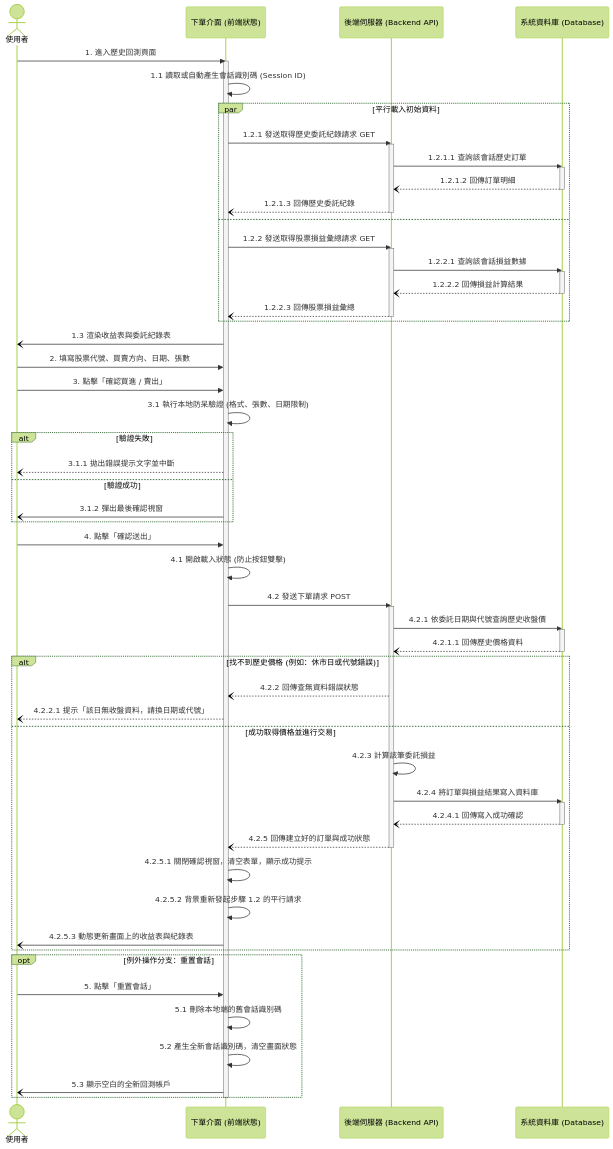
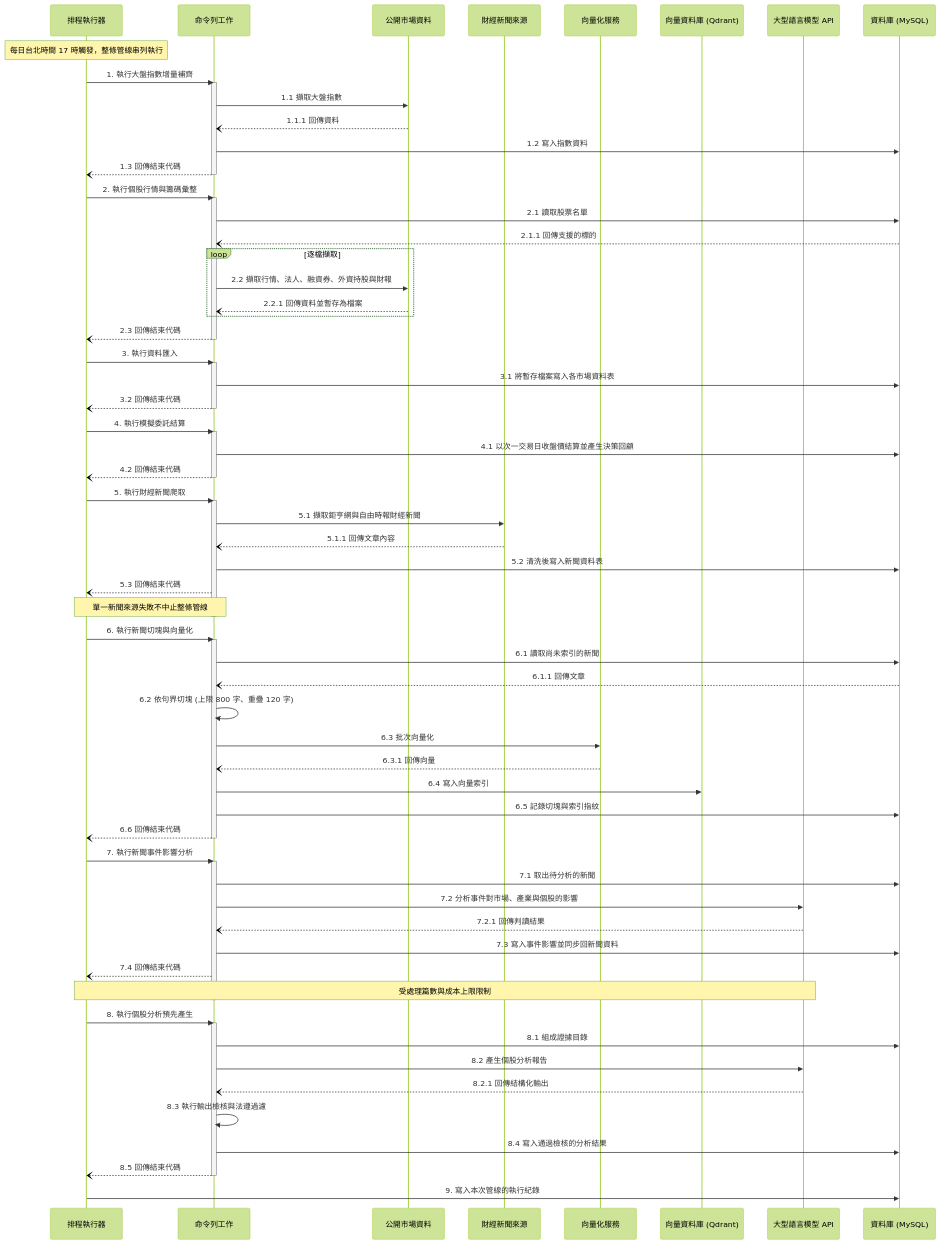
Before and after one commit to weeei001/115409: the fifth of 6 diagrams in docs/圖檔/Sequential Diagram/Sequential diagram.md, drawn with Mermaid (forest theme). The commit also changed other lines of this file and 28 other files, not shown here.

````diff
--- a/docs/圖檔/Sequential Diagram/Sequential diagram.md
+++ b/docs/圖檔/Sequential Diagram/Sequential diagram.md
@@ -277,89 +292,87 @@
 ```mermaid
 sequenceDiagram
-    actor User as 使用者
-    participant UI as 下單介面 (前端狀態)
-    participant OrderAPI as 後端伺服器 (Backend API)
-    %% 💡 修正重點：正名為統一的資料庫，並全程參與
-    participant DB as 系統資料庫 (Database)
+    participant Sched as 排程執行器
+    participant Job as 命令列工作
+    participant Market as 公開市場資料
+    participant News as 財經新聞來源
+    participant Embed as 向量化服務
+    participant VDB as 向量資料庫 (Qdrant)
+    participant LLM as 大型語言模型 API
+    participant DB as 資料庫 (MySQL)
 
-    %% 進入頁面：初始化與平行資料載入
-    User->>UI: 1. 進入歷史回測頁面
-    activate UI
-    %% 💡 抽象化：Session ID 轉譯
-    UI->>UI: 1.1 讀取或自動產生會話識別碼 (Session ID)
-    
-    par 平行載入初始資料
-        UI->>OrderAPI: 1.2.1 發送取得歷史委託紀錄請求 GET
-        activate OrderAPI
-        %% 💡 補漏：加上資料庫查詢與回傳
-        OrderAPI->>DB: 1.2.1.1 查詢該會話歷史訂單
-        activate DB
-        DB--)OrderAPI: 1.2.1.2 回傳訂單明細
-        deactivate DB
-        OrderAPI--)UI: 1.2.1.3 回傳歷史委託紀錄
-        deactivate OrderAPI
-    and 
-        UI->>OrderAPI: 1.2.2 發送取得股票損益彙總請求 GET
-        activate OrderAPI
-        %% 💡 補漏：加上資料庫查詢與回傳
-        OrderAPI->>DB: 1.2.2.1 查詢該會話損益數據
-        activate DB
-        DB--)OrderAPI: 1.2.2.2 回傳損益計算結果
-        deactivate DB
-        OrderAPI--)UI: 1.2.2.3 回傳股票損益彙總
-        deactivate OrderAPI
+    Note over Sched: 每日台北時間 17 時觸發，整條管線串列執行
+
+    Sched->>Job: 1. 執行大盤指數增量補齊
+    activate Job
+    Job->>Market: 1.1 擷取大盤指數
+    Market--)Job: 1.1.1 回傳資料
+    Job->>DB: 1.2 寫入指數資料
+    Job--)Sched: 1.3 回傳結束代碼
+    deactivate Job
+
+    Sched->>Job: 2. 執行個股行情與籌碼彙整
+    activate Job
+    Job->>DB: 2.1 讀取股票名單
+    DB--)Job: 2.1.1 回傳支援的標的
+    loop 逐檔擷取
+        Job->>Market: 2.2 擷取行情、法人、融資券、外資持股與財報
+        Market--)Job: 2.2.1 回傳資料並暫存為檔案
     end
-    UI-)User: 1.3 渲染收益表與委託紀錄表
-    
-    %% 使用者填單與前端驗證
-    User->>UI: 2. 填寫股票代號、買賣方向、日期、張數
-    User->>UI: 3. 點擊「確認買進 / 賣出」
-    UI->>UI: 3.1 執行本地防呆驗證 (格式、張數、日期限制)
-    
-    alt 驗證失敗
-        UI--)User: 3.1.1 拋出錯誤提示文字並中斷
-    else 驗證成功
-        %% 💡 抽象化：Dialog 轉譯
-        UI-)User: 3.1.2 彈出最後確認視窗
-    end
-    
-    %% 確認送出與後端處理
-    User->>UI: 4. 點擊「確認送出」
-    UI->>UI: 4.1 開啟載入狀態 (防止按鈕雙擊)
-    UI->>OrderAPI: 4.2 發送下單請求 POST
-    activate OrderAPI
-    
-    OrderAPI->>DB: 4.2.1 依委託日期與代號查詢歷史收盤價
-    activate DB
-    DB--)OrderAPI: 4.2.1.1 回傳歷史價格資料
-    deactivate DB
-    
-    alt 找不到歷史價格 (例如：休市日或代號錯誤)
-        OrderAPI--)UI: 4.2.2 回傳查無資料錯誤狀態
-        UI--)User: 4.2.2.1 提示「該日無收盤資料，請換日期或代號」
-    else 成功取得價格並進行交易
-        OrderAPI->>OrderAPI: 4.2.3 計算該筆委託損益
-        %% 💡 補漏：真正將訂單「寫入」資料庫的動作
-        OrderAPI->>DB: 4.2.4 將訂單與損益結果寫入資料庫
-        activate DB
-        DB--)OrderAPI: 4.2.4.1 回傳寫入成功確認
-        deactivate DB
-        
-        OrderAPI--)UI: 4.2.5 回傳建立好的訂單與成功狀態
-        deactivate OrderAPI
-        
-        UI->>UI: 4.2.5.1 關閉確認視窗，清空表單，顯示成功提示
-        UI->>UI: 4.2.5.2 背景重新發起步驟 1.2 的平行請求
-        UI-)User: 4.2.5.3 動態更新畫面上的收益表與紀錄表
-    end
-    
-    %% 例外分支：重置 Session
-    opt 例外操作分支：重置會話
-        User->>UI: 5. 點擊「重置會話」
-        %% 💡 抽象化：LocalStorage 轉譯
-        UI->>UI: 5.1 刪除本地端的舊會話識別碼
-        UI->>UI: 5.2 產生全新會話識別碼，清空畫面狀態
-        UI-)User: 5.3 顯示空白的全新回測帳戶
-    end
-    deactivate UI
+    Job--)Sched: 2.3 回傳結束代碼
+    deactivate Job
+
+    Sched->>Job: 3. 執行資料匯入
+    activate Job
+    Job->>DB: 3.1 將暫存檔案寫入各市場資料表
+    Job--)Sched: 3.2 回傳結束代碼
+    deactivate Job
+
+    Sched->>Job: 4. 執行模擬委託結算
+    activate Job
+    Job->>DB: 4.1 以次一交易日收盤價結算並產生決策回顧
+    Job--)Sched: 4.2 回傳結束代碼
+    deactivate Job
+
+    Sched->>Job: 5. 執行財經新聞爬取
+    activate Job
+    Job->>News: 5.1 擷取鉅亨網與自由時報財經新聞
+    News--)Job: 5.1.1 回傳文章內容
+    Job->>DB: 5.2 清洗後寫入新聞資料表
+    Job--)Sched: 5.3 回傳結束代碼
+    Note over Sched,Job: 單一新聞來源失敗不中止整條管線
+    deactivate Job
+
+    Sched->>Job: 6. 執行新聞切塊與向量化
+    activate Job
+    Job->>DB: 6.1 讀取尚未索引的新聞
+    DB--)Job: 6.1.1 回傳文章
+    Job->>Job: 6.2 依句界切塊 (上限 800 字、重疊 120 字)
+    Job->>Embed: 6.3 批次向量化
+    Embed--)Job: 6.3.1 回傳向量
+    Job->>VDB: 6.4 寫入向量索引
+    Job->>DB: 6.5 記錄切塊與索引指紋
+    Job--)Sched: 6.6 回傳結束代碼
+    deactivate Job
+
+    Sched->>Job: 7. 執行新聞事件影響分析
+    activate Job
+    Job->>DB: 7.1 取出待分析的新聞
+    Job->>LLM: 7.2 分析事件對市場、產業與個股的影響
+    LLM--)Job: 7.2.1 回傳判讀結果
+    Job->>DB: 7.3 寫入事件影響並同步回新聞資料
+    Job--)Sched: 7.4 回傳結束代碼
+    Note over Sched,LLM: 受處理篇數與成本上限限制
+    deactivate Job
+
+    Sched->>Job: 8. 執行個股分析預先產生
+    activate Job
+    Job->>DB: 8.1 組成證據目錄
+    Job->>LLM: 8.2 產生個股分析報告
+    LLM--)Job: 8.2.1 回傳結構化輸出
+    Job->>Job: 8.3 執行輸出檢核與法遵過濾
+    Job->>DB: 8.4 寫入通過檢核的分析結果
+    Job--)Sched: 8.5 回傳結束代碼
+    deactivate Job
+
+    Sched->>DB: 9. 寫入本次管線的執行紀錄
 ```
````
